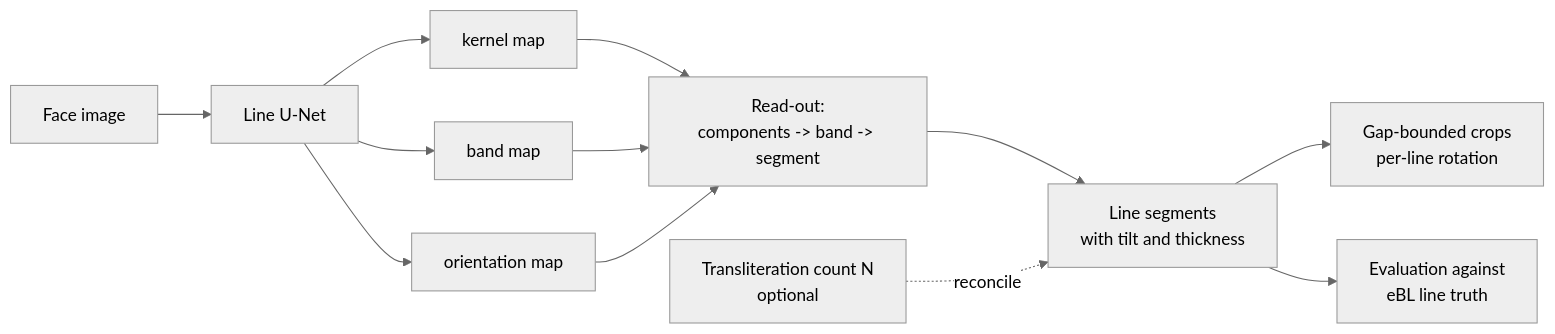
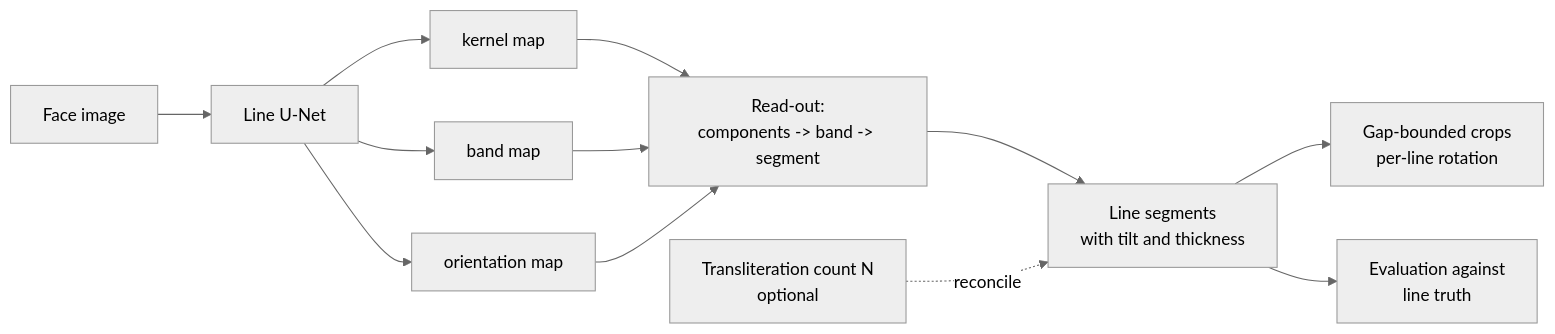
The first of 2 diagrams in docs/line_model/line_model.md (onetwothreefourfivesixe/ProtoSnap), drawn with Mermaid (neutral theme) before and after one commit. The commit also changed other lines of this file and 1210 other files, not shown here.

````diff
--- a/docs/line_model/line_model.md
+++ b/docs/line_model/line_model.md
@@ -9,14 +57,14 @@
 ```mermaid
 flowchart LR
     F[Face image] --> U[Line U-Net]
     U --> K[kernel map]
     U --> B[band map]
     U --> O[orientation map]
     K --> R[Read-out:<br/>components -> band -> segment]
     B --> R
     O --> R
     R --> S[Line segments<br/>with tilt and thickness]
     T[Transliteration count N<br/>optional] -.->|reconcile| S
     S --> C[Gap-bounded crops<br/>per-line rotation]
-    S --> E[Evaluation against<br/>eBL line truth]
+    S --> E[Evaluation against<br/>line truth]
 ```
````
